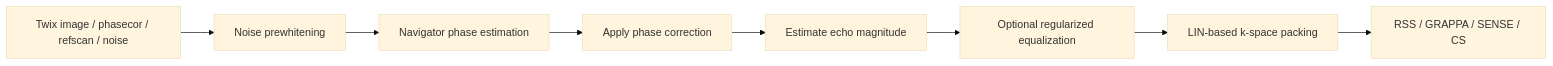
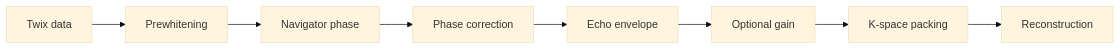
The diagram in docs/guide/echo-corrections.md (BennyZhang-Codes/tse-pulseq-matlab), drawn with Mermaid (base theme) before and after one commit. The commit also changed other lines of this file, not shown here.

Commit message:
docs: document optional echo-envelope correction evidence

````diff
--- a/docs/guide/echo-corrections.md
+++ b/docs/guide/echo-corrections.md
@@ -7,10 +11,10 @@
 ```mermaid
 flowchart LR
-    A["Twix image / phasecor / refscan / noise"] --> B["Noise prewhitening"]
-    B --> C["Navigator phase estimation"]
-    C --> D["Apply phase correction"]
-    D --> E["Estimate echo magnitude"]
-    E --> F["Optional regularized equalization"]
-    F --> G["LIN-based k-space packing"]
-    G --> H["RSS / GRAPPA / SENSE / CS"]
+    A[Twix data] --> B[Prewhitening]
+    B --> C[Navigator phase]
+    C --> D[Phase correction]
+    D --> E[Echo envelope]
+    E --> F[Optional gain]
+    F --> G[K-space packing]
+    G --> H[Reconstruction]
 ```
````
